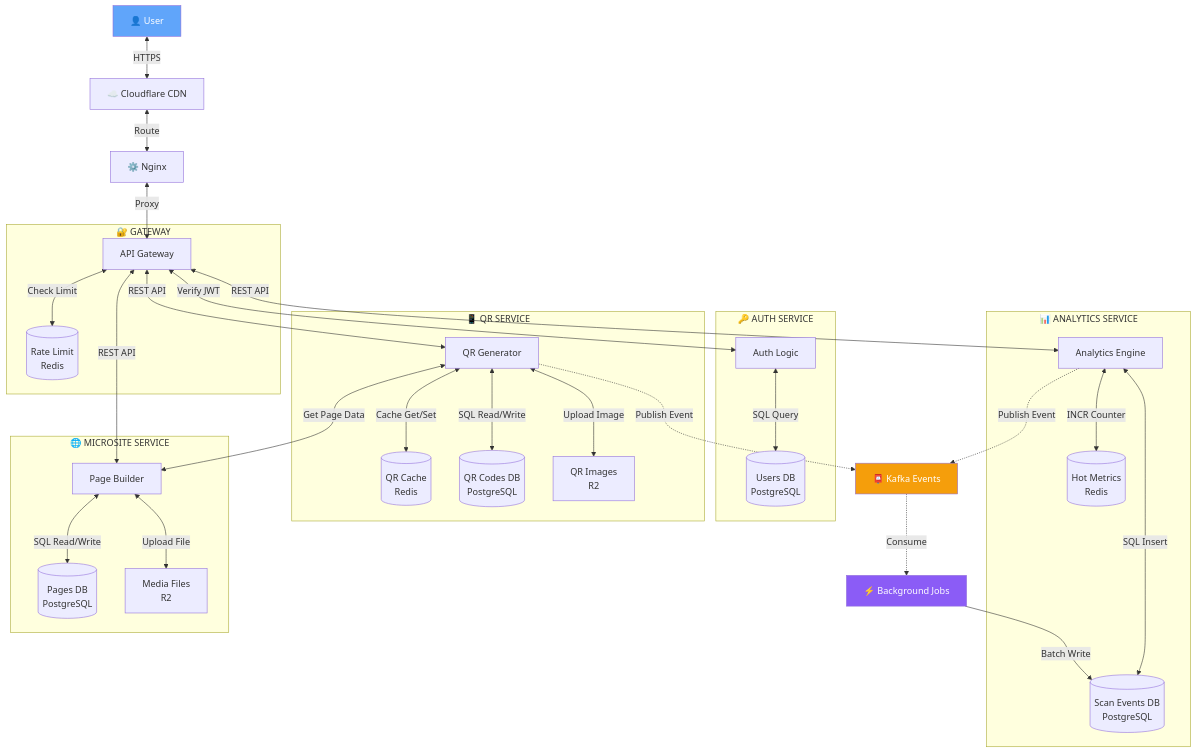
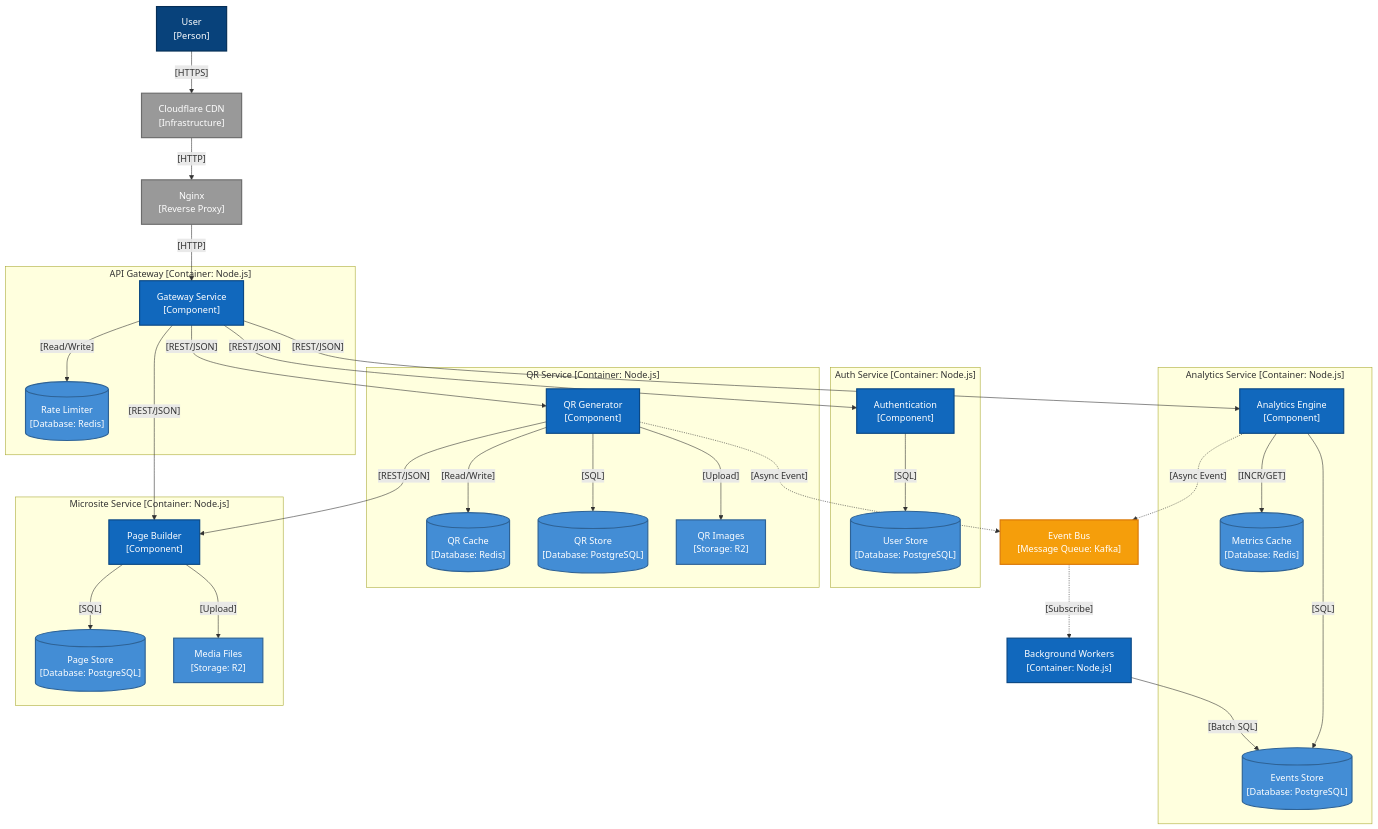
Before and after one commit to Scanly-io/qr-backend: the second of 3 diagrams in README.md, drawn with Mermaid. The commit also changed other lines of this file, not shown here.

Commit message:
Refactor C4 Level 2 Container Diagram to professional format: remove emojis, add proper C4 notation, apply standard colors

````diff
--- a/README.md
+++ b/README.md
@@ -313,70 +313,79 @@
 ```mermaid
 flowchart TB
-    User[👤 User]
-    CDN[☁️ Cloudflare CDN]
-    Nginx[⚙️ Nginx]
+    User["User<br/>[Person]"]
+    CDN["Cloudflare CDN<br/>[Infrastructure]"]
+    Nginx["Nginx<br/>[Reverse Proxy]"]
     
-    subgraph gateway[" 🔐 GATEWAY "]
-        Gateway[API Gateway]
-        RateLimitRedis[(Rate Limit<br/>Redis)]
+    subgraph gateway["API Gateway [Container: Node.js]"]
+        Gateway["Gateway Service<br/>[Component]"]
+        RateLimitRedis[("Rate Limiter<br/>[Database: Redis]")]
     end
     
-    subgraph auth[" 🔑 AUTH SERVICE "]
-        AuthService[Auth Logic]
-        AuthDB[(Users DB<br/>PostgreSQL)]
+    subgraph auth["Auth Service [Container: Node.js]"]
+        AuthService["Authentication<br/>[Component]"]
+        AuthDB[("User Store<br/>[Database: PostgreSQL]")]
     end
     
-    subgraph qr[" 📱 QR SERVICE "]
-        QRService[QR Generator]
-        QRCache[(QR Cache<br/>Redis)]
-        QRDB[(QR Codes DB<br/>PostgreSQL)]
-        QRStorage[QR Images<br/>R2]
+    subgraph qr["QR Service [Container: Node.js]"]
+        QRService["QR Generator<br/>[Component]"]
+        QRCache[("QR Cache<br/>[Database: Redis]")]
+        QRDB[("QR Store<br/>[Database: PostgreSQL]")]
+        QRStorage["QR Images<br/>[Storage: R2]"]
     end
     
-    subgraph analytics[" 📊 ANALYTICS SERVICE "]
-        AnalyticsService[Analytics Engine]
-        AnalyticsCache[(Hot Metrics<br/>Redis)]
-        AnalyticsDB[(Scan Events DB<br/>PostgreSQL)]
+    subgraph analytics["Analytics Service [Container: Node.js]"]
+        AnalyticsService["Analytics Engine<br/>[Component]"]
+        AnalyticsCache[("Metrics Cache<br/>[Database: Redis]")]
+        AnalyticsDB[("Events Store<br/>[Database: PostgreSQL]")]
     end
     
-    subgraph microsite[" 🌐 MICROSITE SERVICE "]
-        MicrositeService[Page Builder]
-        MicrositeDB[(Pages DB<br/>PostgreSQL)]
-        MicrositeStorage[Media Files<br/>R2]
+    subgraph microsite["Microsite Service [Container: Node.js]"]
+        MicrositeService["Page Builder<br/>[Component]"]
+        MicrositeDB[("Page Store<br/>[Database: PostgreSQL]")]
+        MicrositeStorage["Media Files<br/>[Storage: R2]"]
     end
     
-    Kafka[📮 Kafka Events]
-    Consumers[⚡ Background Jobs]
+    Kafka["Event Bus<br/>[Message Queue: Kafka]"]
+    Consumers["Background Workers<br/>[Container: Node.js]"]
     
-    User <-->|HTTPS| CDN
-    CDN <-->|Route| Nginx
-    Nginx <-->|Proxy| Gateway
-    Gateway <-->|Check Limit| RateLimitRedis
+    User -->|"[HTTPS]"| CDN
+    CDN -->|"[HTTP]"| Nginx
+    Nginx -->|"[HTTP]"| Gateway
+    Gateway -->|"[Read/Write]"| RateLimitRedis
     
-    Gateway <-->|Verify JWT| AuthService
-    AuthService <-->|SQL Query| AuthDB
+    Gateway -->|"[REST/JSON]"| AuthService
+    AuthService -->|"[SQL]"| AuthDB
     
-    Gateway <-->|REST API| QRService
-    QRService <-->|Cache Get/Set| QRCache
-    QRService <-->|SQL Read/Write| QRDB
-    QRService <-->|Upload Image| QRStorage
-    QRService -.->|Publish Event| Kafka
+    Gateway -->|"[REST/JSON]"| QRService
+    QRService -->|"[Read/Write]"| QRCache
+    QRService -->|"[SQL]"| QRDB
+    QRService -->|"[Upload]"| QRStorage
+    QRService -.->|"[Async Event]"| Kafka
     
-    Gateway <-->|REST API| AnalyticsService
-    AnalyticsService <-->|INCR Counter| AnalyticsCache
-    AnalyticsService <-->|SQL Insert| AnalyticsDB
-    AnalyticsService -.->|Publish Event| Kafka
+    Gateway -->|"[REST/JSON]"| AnalyticsService
+    AnalyticsService -->|"[INCR/GET]"| AnalyticsCache
+    AnalyticsService -->|"[SQL]"| AnalyticsDB
+    AnalyticsService -.->|"[Async Event]"| Kafka
     
-    Gateway <-->|REST API| MicrositeService
-    MicrositeService <-->|SQL Read/Write| MicrositeDB
-    MicrositeService <-->|Upload File| MicrositeStorage
+    Gateway -->|"[REST/JSON]"| MicrositeService
+    MicrositeService -->|"[SQL]"| MicrositeDB
+    MicrositeService -->|"[Upload]"| MicrositeStorage
     
-    QRService <-->|Get Page Data| MicrositeService
+    QRService -->|"[REST/JSON]"| MicrositeService
     
-    Kafka -.->|Consume| Consumers
-    Consumers -->|Batch Write| AnalyticsDB
+    Kafka -.->|"[Subscribe]"| Consumers
+    Consumers -->|"[Batch SQL]"| AnalyticsDB
     
-    style User fill:#60a5fa,color:#fff
-    style Kafka fill:#f59e0b,color:#fff
-    style Consumers fill:#8b5cf6,color:#fff
+    %% C4 Model Standard Colors
+    classDef personStyle fill:#08427b,stroke:#052e56,stroke-width:2px,color:#ffffff
+    classDef containerStyle fill:#1168bd,stroke:#0b4884,stroke-width:2px,color:#ffffff
+    classDef databaseStyle fill:#438dd5,stroke:#2e6295,stroke-width:2px,color:#ffffff
+    classDef infrastructureStyle fill:#999999,stroke:#6b6b6b,stroke-width:2px,color:#ffffff
+    classDef messageStyle fill:#f59e0b,stroke:#d97706,stroke-width:2px,color:#ffffff
+    
+    class User personStyle
+    class Gateway,AuthService,QRService,AnalyticsService,MicrositeService,Consumers containerStyle
+    class RateLimitRedis,AuthDB,QRCache,QRDB,QRStorage,AnalyticsCache,AnalyticsDB,MicrositeDB,MicrositeStorage databaseStyle
+    class CDN,Nginx infrastructureStyle
+    class Kafka messageStyle
 ```
````
